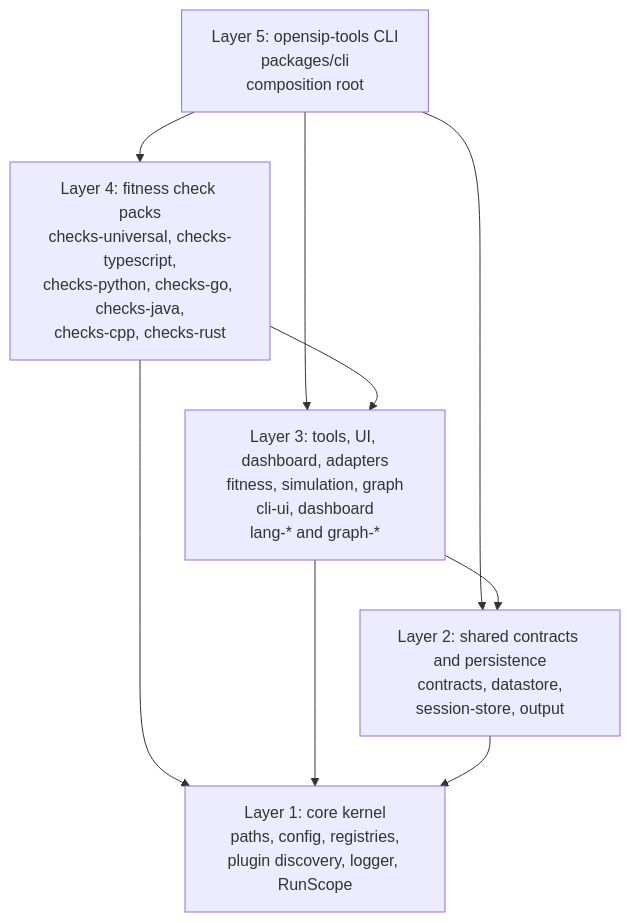
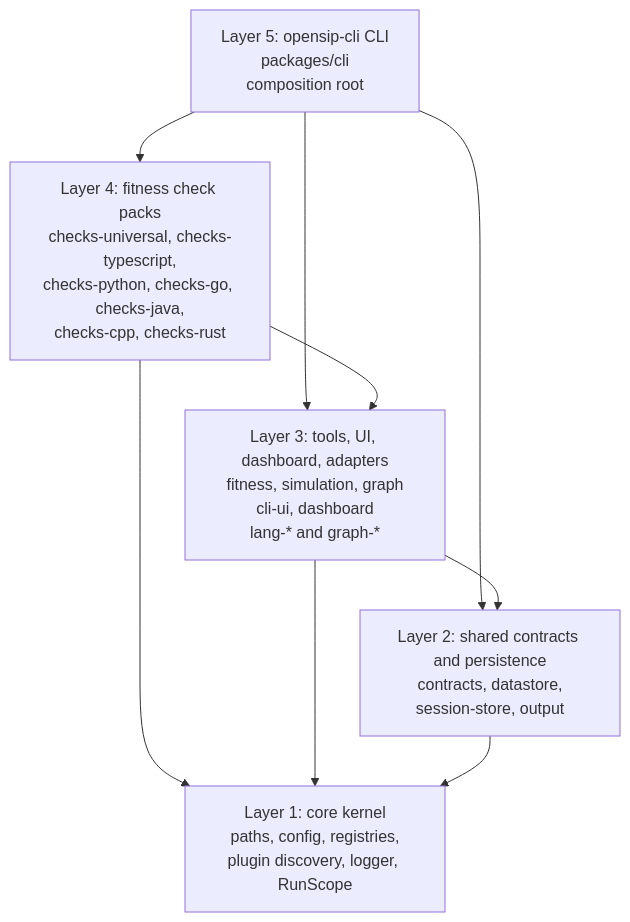
One commit to opensip-ai/opensip-cli changed the first of 3 diagrams in docs/public/00-start/07-architecture-overview.md. Above: the diagram before and after it, drawn with Mermaid. The commit also changed other lines of this file and 1326 other files, not shown here.

````diff
--- a/docs/public/00-start/07-architecture-overview.md
+++ b/docs/public/00-start/07-architecture-overview.md
@@ -45,17 +45,17 @@
 ```mermaid
 flowchart TB
-  L5["Layer 5: opensip-tools CLI<br/>packages/cli<br/>composition root"]
+  L5["Layer 5: opensip-cli CLI<br/>packages/cli<br/>composition root"]
   L4["Layer 4: fitness check packs<br/>checks-universal, checks-typescript,<br/>checks-python, checks-go, checks-java,<br/>checks-cpp, checks-rust"]
   L3["Layer 3: tools, UI, dashboard, adapters<br/>fitness, simulation, graph<br/>cli-ui, dashboard<br/>lang-* and graph-*"]
   L2["Layer 2: shared contracts and persistence<br/>contracts, datastore,<br/>session-store, output"]
   L1["Layer 1: core kernel<br/>paths, config, registries,<br/>plugin discovery, logger, RunScope"]
 
   L5 --> L4
   L5 --> L3
   L5 --> L2
   L4 --> L3
   L4 --> L1
   L3 --> L2
   L3 --> L1
   L2 --> L1
 ```
````
